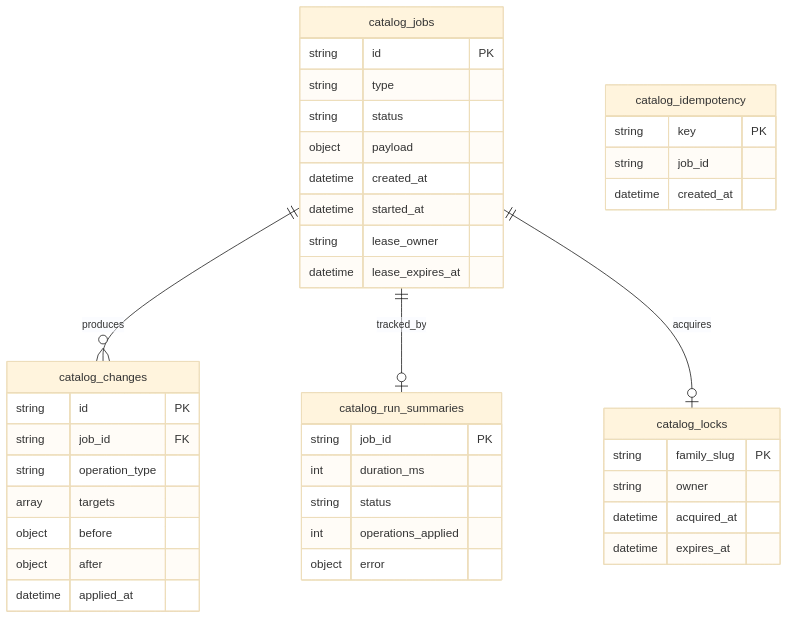
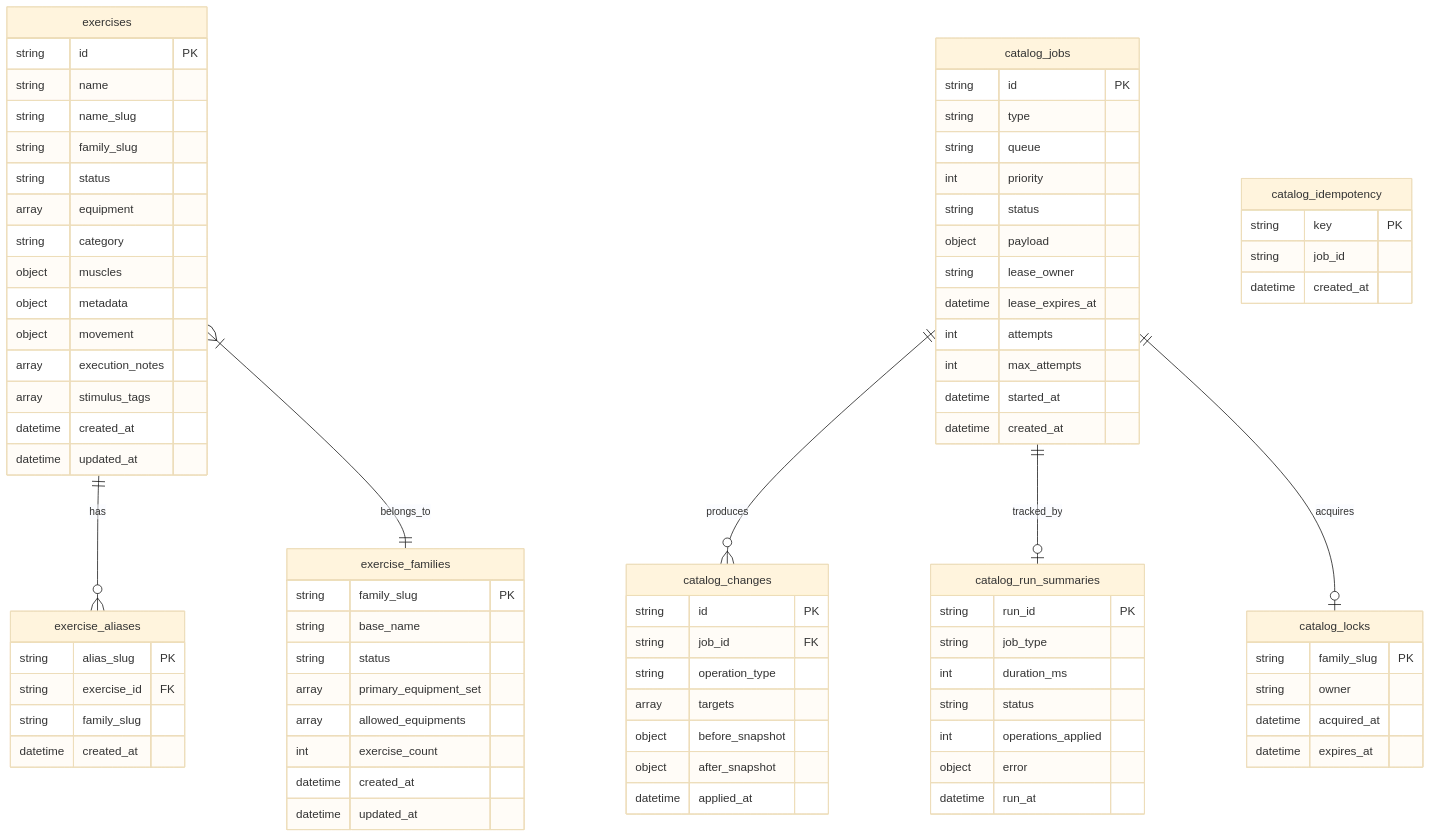
One commit to ValterAndersson/myon changed the sixth of 12 diagrams in docs/CATALOG_ORCHESTRATOR_ARCHITECTURE.md. Above: the diagram before and after it, drawn with Mermaid (base theme). The commit also changed other lines of this file and 11 other files, not shown here.

````diff
--- a/docs/CATALOG_ORCHESTRATOR_ARCHITECTURE.md
+++ b/docs/CATALOG_ORCHESTRATOR_ARCHITECTURE.md
@@ -179,14 +570,53 @@
 ```mermaid
 erDiagram
+    exercises {
+        string id PK
+        string name
+        string name_slug
+        string family_slug
+        string status
+        array equipment
+        string category
+        object muscles
+        object metadata
+        object movement
+        array execution_notes
+        array stimulus_tags
+        datetime created_at
+        datetime updated_at
+    }
+
+    exercise_families {
+        string family_slug PK
+        string base_name
+        string status
+        array primary_equipment_set
+        array allowed_equipments
+        int exercise_count
+        datetime created_at
+        datetime updated_at
+    }
+
+    exercise_aliases {
+        string alias_slug PK
+        string exercise_id FK
+        string family_slug
+        datetime created_at
+    }
+
     catalog_jobs {
         string id PK
         string type
+        string queue
+        int priority
         string status
         object payload
-        datetime created_at
-        datetime started_at
         string lease_owner
         datetime lease_expires_at
+        int attempts
+        int max_attempts
+        datetime started_at
+        datetime created_at
     }
 
     catalog_changes {
@@ -194,8 +624,8 @@
         string job_id FK
         string operation_type
         array targets
-        object before
-        object after
+        object before_snapshot
+        object after_snapshot
         datetime applied_at
     }
 
@@ -213,13 +643,17 @@
     }
 
     catalog_run_summaries {
-        string job_id PK
+        string run_id PK
+        string job_type
         int duration_ms
         string status
         int operations_applied
         object error
+        datetime run_at
     }
 
+    exercises ||--o{ exercise_aliases : "has"
+    exercises }|--|| exercise_families : "belongs_to"
     catalog_jobs ||--o{ catalog_changes : "produces"
     catalog_jobs ||--o| catalog_run_summaries : "tracked_by"
     catalog_jobs ||--o| catalog_locks : "acquires"
````
